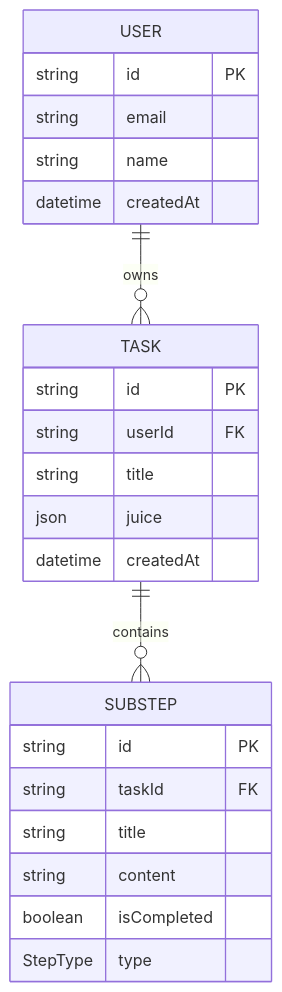
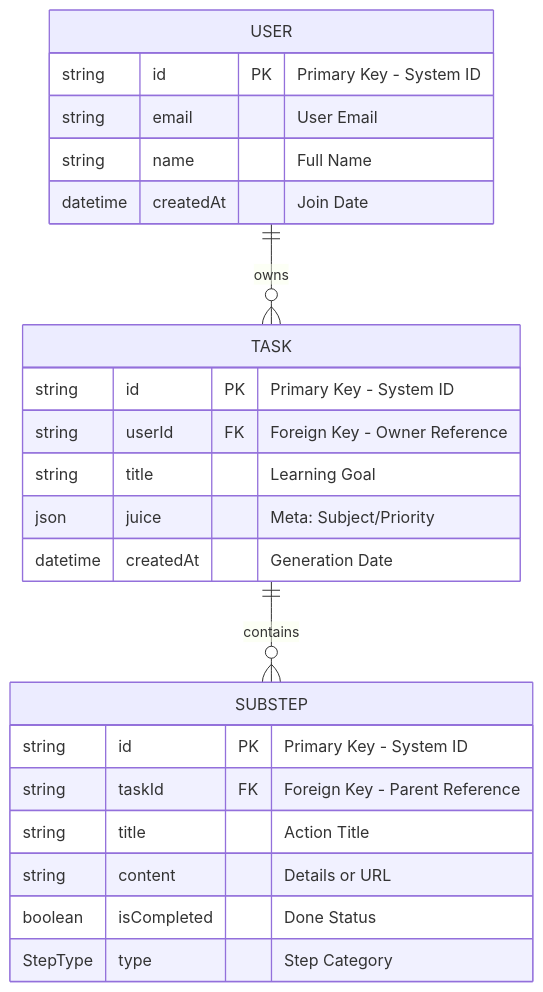
Before and after one commit to Rapscallion03/PersonifAI: the fourth of 4 diagrams in ARCHITECTURE.md, drawn with Mermaid.

Commit message:
some more details to er

````diff
--- a/ARCHITECTURE.md
+++ b/ARCHITECTURE.md
@@ -114,26 +114,26 @@
 ```mermaid
 erDiagram
     USER ||--o{ TASK : owns
     TASK ||--o{ SUBSTEP : contains
     USER {
-        string id PK
-        string email
-        string name
-        datetime createdAt
+        string id PK "Primary Key - System ID"
+        string email "User Email"
+        string name "Full Name"
+        datetime createdAt "Join Date"
     }
     TASK {
-        string id PK
-        string userId FK
-        string title
-        json juice
-        datetime createdAt
+        string id PK "Primary Key - System ID"
+        string userId FK "Foreign Key - Owner Reference"
+        string title "Learning Goal"
+        json juice "Meta: Subject/Priority"
+        datetime createdAt "Generation Date"
     }
     SUBSTEP {
-        string id PK
-        string taskId FK
-        string title
-        string content
-        boolean isCompleted
-        StepType type
+        string id PK "Primary Key - System ID"
+        string taskId FK "Foreign Key - Parent Reference"
+        string title "Action Title"
+        string content "Details or URL"
+        boolean isCompleted "Done Status"
+        StepType type "Step Category"
     }
 ```
````
